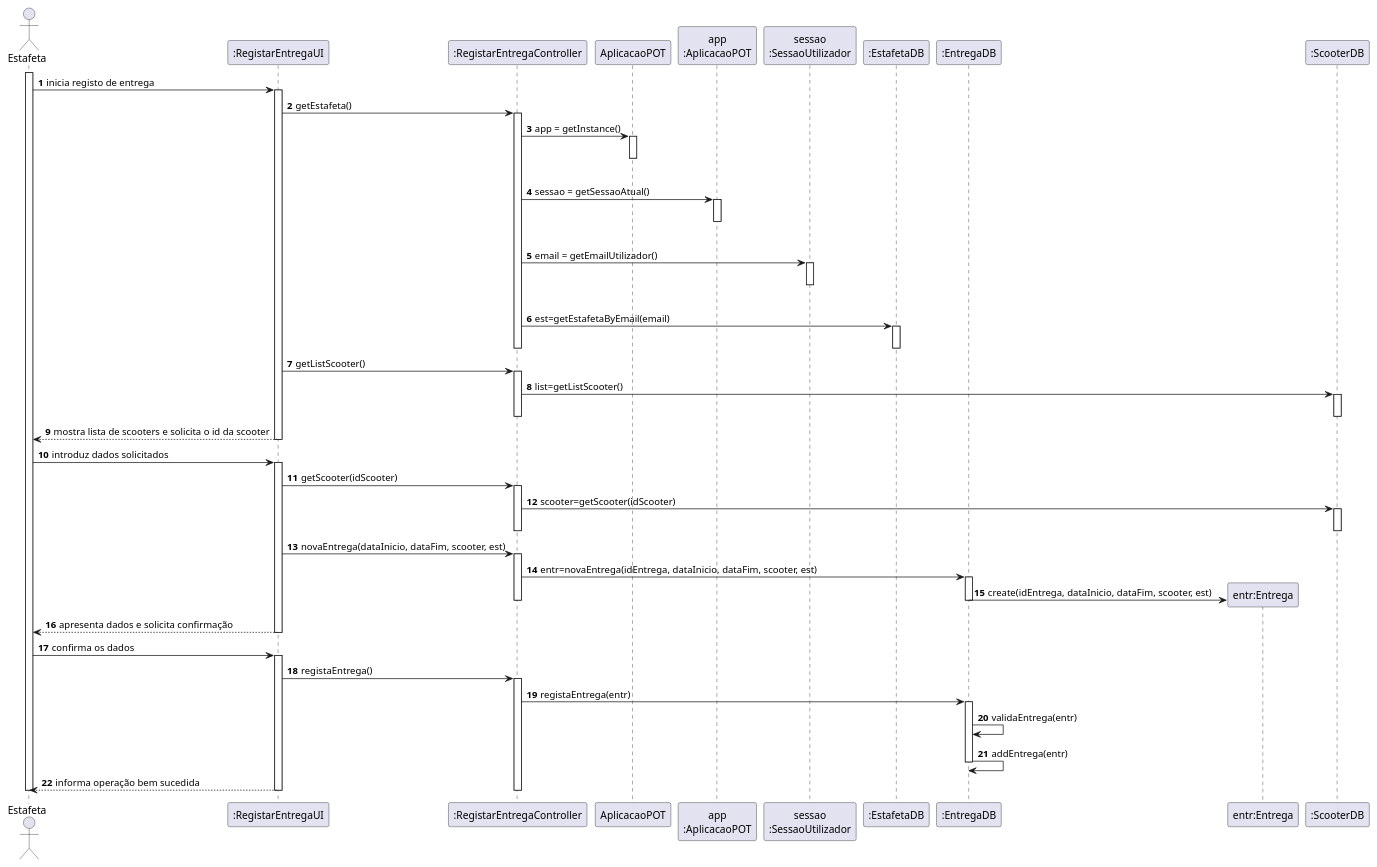
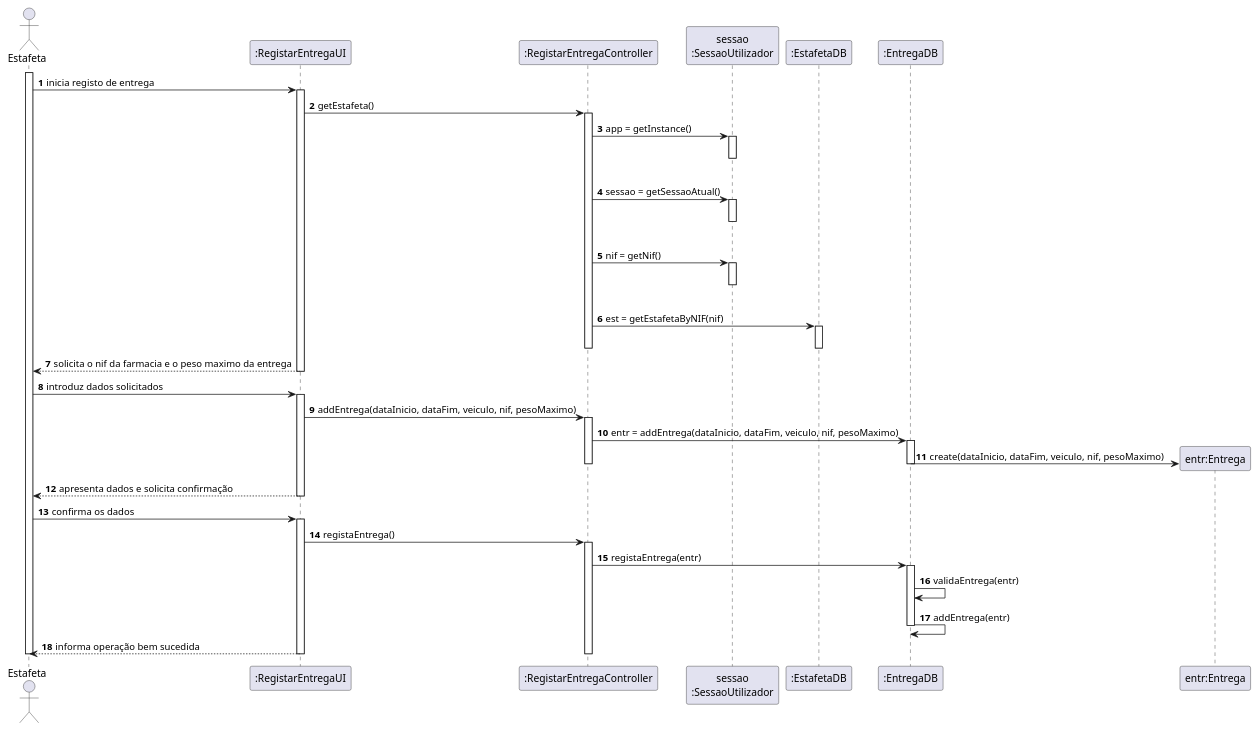
Before and after one commit to pedrolemos4/LAPR3: the diagram in docs/UC6/RegistoEntregaSD.puml, drawn with PlantUML. The commit also changed 15 other files, not shown here.

```diff
--- a/docs/UC6/RegistoEntregaSD.puml
+++ b/docs/UC6/RegistoEntregaSD.puml
@@ -1,84 +1,66 @@
 @startuml
 autonumber
 actor "Estafeta" as EST
 
 participant ":RegistarEntregaUI" as UI
 participant ":RegistarEntregaController" as CTRL
-participant "AplicacaoPOT" as _APP
-participant "app\n:AplicacaoPOT" as APP
 participant "sessao\n:SessaoUtilizador" as SESSAO
-
 participant ":EstafetaDB" as ESTDB
 participant ":EntregaDB" as ENTRDB
 participant "entr:Entrega" as ENTR
-
-participant ":ScooterDB" as RS
-
 
 activate EST
 EST -> UI : inicia registo de entrega
 activate UI
 UI -> CTRL : getEstafeta()
 activate CTRL
-CTRL -> _APP: app = getInstance()
-activate _APP
-|||
-deactivate _APP
-CTRL -> APP: sessao = getSessaoAtual()
-activate APP
-|||
-deactivate APP
-
-CTRL -> SESSAO: email = getEmailUtilizador()
+CTRL -> SESSAO: app = getInstance()
 activate SESSAO
 |||
 deactivate SESSAO
-CTRL -> ESTDB : est=getEstafetaByEmail(email)
+CTRL -> SESSAO: sessao = getSessaoAtual()
+activate SESSAO
+|||
+deactivate SESSAO
+
+CTRL -> SESSAO: nif = getNif()
+activate SESSAO
+|||
+deactivate SESSAO
+CTRL -> ESTDB : est = getEstafetaByNIF(nif)
 activate ESTDB
 deactivate ESTDB
 deactivate CTRL
-UI -> CTRL : getListScooter()
-activate CTRL
-CTRL -> RS : list=getListScooter()
-activate RS
-deactivate RS
-deactivate CTRL
-UI --> EST : mostra lista de scooters e solicita o id da scooter
+UI --> EST : solicita o nif da farmacia e o peso maximo da entrega
 deactivate UI
 
 EST -> UI : introduz dados solicitados
 activate UI
-UI -> CTRL : getScooter(idScooter)
+UI -> CTRL: addEntrega(dataInicio, dataFim, veiculo, nif, pesoMaximo)
 activate CTRL
-CTRL -> RS : scooter=getScooter(idScooter)
-activate RS
-deactivate RS
-deactivate CTRL
-UI -> CTRL: novaEntrega(dataInicio, dataFim, scooter, est)
-activate CTRL
-CTRL -> ENTRDB : entr=novaEntrega(idEntrega, dataInicio, dataFim, scooter, est)
+CTRL -> ENTRDB : entr = addEntrega(dataInicio, dataFim, veiculo, nif, pesoMaximo)
 activate ENTRDB
-ENTRDB -> ENTR ** : create(idEntrega, dataInicio, dataFim, scooter, est)
+ENTRDB -> ENTR ** : create(dataInicio, dataFim, veiculo, nif, pesoMaximo)
 
 deactivate ENTRDB
 deactivate CTRL
 UI --> EST : apresenta dados e solicita confirmação
 deactivate UI
 
 EST -> UI : confirma os dados
 activate UI
 UI -> CTRL : registaEntrega()
 activate CTRL
 CTRL-> ENTRDB : registaEntrega(entr)
 activate ENTRDB
 ENTRDB -> ENTRDB : validaEntrega(entr)
 ENTRDB -> ENTRDB : addEntrega(entr)
 deactivate ENTRDB
 
 UI --> EST : informa operação bem sucedida
 deactivate CTRL
 deactivate UI
 
 deactivate EST
 
 @enduml
```
